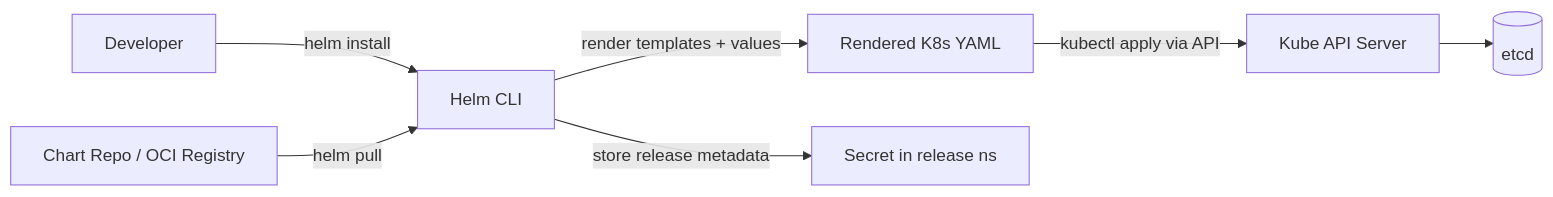
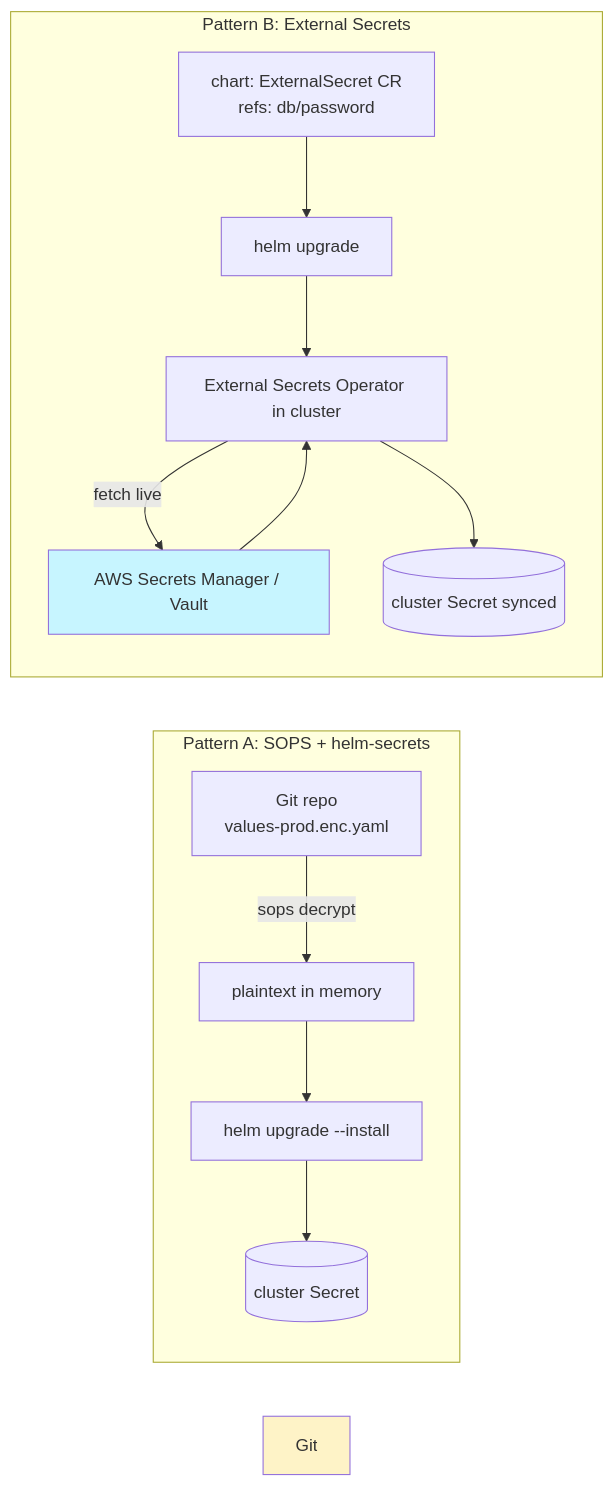
The ninth of 12 diagrams in 04-helm/README.md (srinivaskona7/devops-learning), drawn with Mermaid before and after one commit. The commit also changed other lines of this file and 222 other files, not shown here.

````diff
--- a/04-helm/README.md
+++ b/04-helm/README.md
@@ -21,9 +1052,17 @@
 ```mermaid
 flowchart LR
-    Dev[Developer] -->|helm install| CLI[Helm CLI]
-    CLI -->|render templates + values| Manifests[Rendered K8s YAML]
-    Manifests -->|kubectl apply via API| API[Kube API Server]
-    API --> ETCD[(etcd)]
-    CLI -->|store release metadata| Secret[Secret in release ns]
-    Repo[Chart Repo / OCI Registry] -->|helm pull| CLI
+  subgraph SOPS_path[Pattern A: SOPS + helm-secrets]
+    G[Git repo<br/>values-prod.enc.yaml] -->|sops decrypt| D1[plaintext in memory]
+    D1 --> H1[helm upgrade --install]
+    H1 --> K1[(cluster Secret)]
+  end
+  subgraph ESO_path[Pattern B: External Secrets]
+    Chart[chart: ExternalSecret CR<br/>refs: db/password] --> H2[helm upgrade]
+    H2 --> ESO[External Secrets Operator in cluster]
+    ESO -->|fetch live| V[AWS Secrets Manager / Vault]
+    V --> ESO
+    ESO --> K2[(cluster Secret synced)]
+  end
+  style Git fill:#fef3c7
+  style V fill:#c7f5ff
 ```
````
